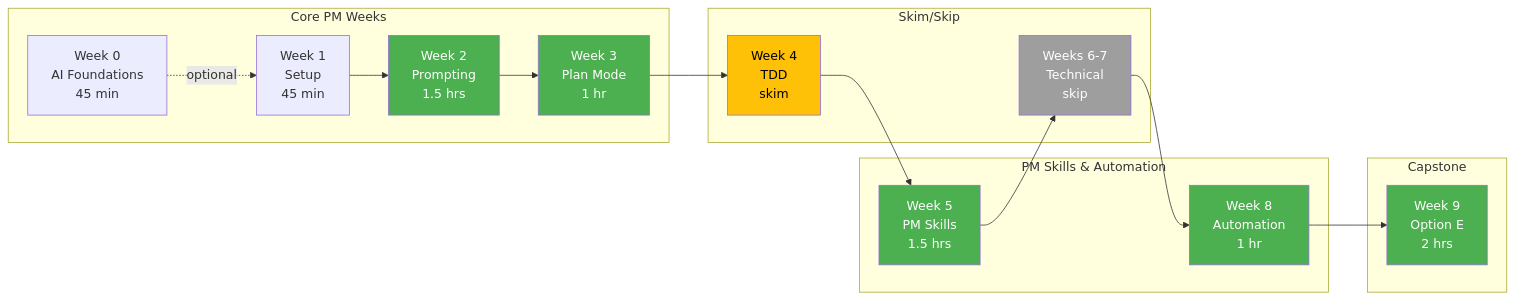
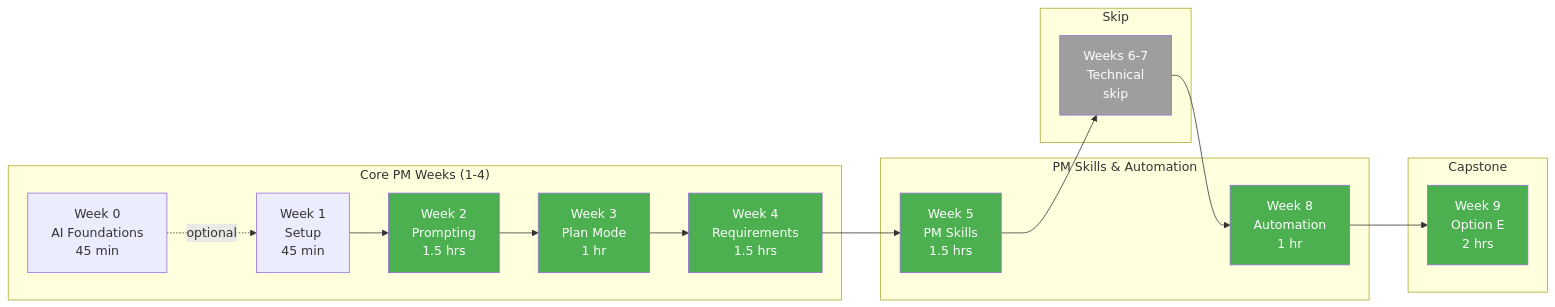
Before and after one commit to RealManage/dx-training: the diagram in courses/ai-101-claude-code/resources/quick-start-pm.md, drawn with Mermaid. The commit also changed other lines of this file and 19 other files, not shown here.

````diff
--- a/courses/ai-101-claude-code/resources/quick-start-pm.md
+++ b/courses/ai-101-claude-code/resources/quick-start-pm.md
@@ -11,36 +11,35 @@
 ```mermaid
 graph LR
-    subgraph "Core PM Weeks"
+    subgraph "Core PM Weeks (1-4)"
         W0[Week 0<br>AI Foundations<br>45 min] -.->|optional| W1[Week 1<br>Setup<br>45 min]
         W1 --> W2[Week 2<br>Prompting<br>1.5 hrs]
         W2 --> W3[Week 3<br>Plan Mode<br>1 hr]
+        W3 --> W4[Week 4<br>Requirements<br>1.5 hrs]
     end
 
     subgraph "PM Skills & Automation"
         W5[Week 5<br>PM Skills<br>1.5 hrs]
         W8[Week 8<br>Automation<br>1 hr]
     end
 
-    subgraph "Skim/Skip"
-        W4[Week 4<br>TDD<br>skim]
+    subgraph "Skip"
         W67[Weeks 6-7<br>Technical<br>skip]
     end
 
     subgraph "Capstone"
         W9[Week 9<br>Option E<br>2 hrs]
     end
 
-    W3 --> W4
     W4 --> W5
     W5 --> W67
     W67 --> W8
     W8 --> W9
 
     style W2 fill:#4CAF50,color:#fff
     style W3 fill:#4CAF50,color:#fff
+    style W4 fill:#4CAF50,color:#fff
     style W5 fill:#4CAF50,color:#fff
     style W8 fill:#4CAF50,color:#fff
     style W9 fill:#4CAF50,color:#fff
-    style W4 fill:#FFC107,color:#000
     style W67 fill:#9E9E9E,color:#fff
 ```
````
